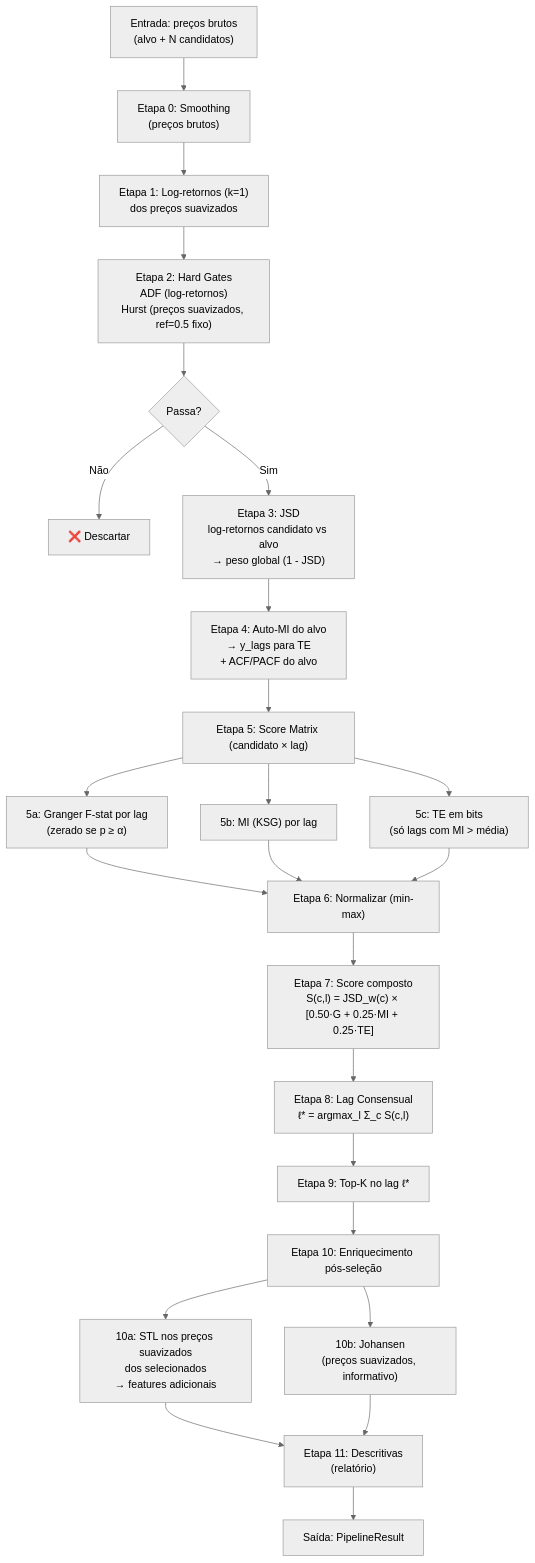
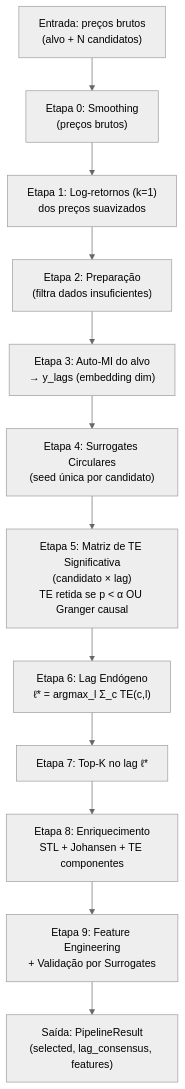
The second of 3 diagrams in README.md (ynaponte/st-fin-analise), drawn with Mermaid (neutral theme) before and after one commit. The commit also changed other lines of this file and 11 other files, not shown here.

````diff
--- a/README.md
+++ b/README.md
@@ -71,35 +36,22 @@
 ```mermaid
 flowchart TD
     A["Entrada: preços brutos<br>(alvo + N candidatos)"] --> B["Etapa 0: Smoothing<br>(preços brutos)"]
     B --> C["Etapa 1: Log-retornos (k=1)<br>dos preços suavizados"]
     
-    C --> D["Etapa 2: Hard Gates<br>ADF (log-retornos)<br>Hurst (preços suavizados, ref=0.5 fixo)"]
-    D --> E{"Passa?"}
-    E -- Não --> DROP["❌ Descartar"]
-    E -- Sim --> F
-
-    F["Etapa 3: JSD<br>log-retornos candidato vs alvo<br>→ peso global (1 - JSD)"] --> G
-
-    G["Etapa 4: Auto-MI do alvo<br>→ y_lags para TE<br>+ ACF/PACF do alvo"] --> H
-
-    H["Etapa 5: Score Matrix (candidato × lag)"] --> H1
-    H1["5a: Granger F-stat por lag<br>(zerado se p ≥ α)"] --> NORM
-    H --> H2["5b: MI (KSG) por lag"] --> NORM
-    H --> H3["5c: TE em bits<br>(só lags com MI > média)"] --> NORM
-
-    NORM["Etapa 6: Normalizar (min-max)"] --> SCORE
-
-    SCORE["Etapa 7: Score composto<br>S(c,l) = JSD_w(c) × [0.50·G + 0.25·MI + 0.25·TE]"]
-
-    SCORE --> LAG["Etapa 8: Lag Consensual<br>ℓ* = argmax_l Σ_c S(c,l)"]
-
-    LAG --> SEL["Etapa 9: Top-K no lag ℓ*"]
-
-    SEL --> ENRICH["Etapa 10: Enriquecimento pós-seleção"]
-    ENRICH --> STL["10a: STL nos preços suavizados<br>dos selecionados<br>→ features adicionais"]
-    ENRICH --> JOH["10b: Johansen<br>(preços suavizados, informativo)"]
+    C --> D["Etapa 2: Preparação<br>(filtra dados insuficientes)"]
+    D --> E["Etapa 3: Auto-MI do alvo<br>→ y_lags (embedding dim)"]
     
-    STL --> DESC["Etapa 11: Descritivas<br>(relatório)"]
-    JOH --> DESC
-    DESC --> OUT["Saída: PipelineResult"]
+    E --> F["Etapa 4: Surrogates Circulares<br>(seed única por candidato)"]
+    
+    F --> G["Etapa 5: Matriz de TE Significativa<br>(candidato × lag)<br>TE retida se p < α OU Granger causal"]
+    
+    G --> H["Etapa 6: Lag Endógeno<br>ℓ* = argmax_l Σ_c TE(c,l)"]
+    
+    H --> I["Etapa 7: Top-K no lag ℓ*"]
+    
+    I --> J["Etapa 8: Enriquecimento<br>STL + Johansen + TE componentes"]
+    
+    J --> K["Etapa 9: Feature Engineering<br>+ Validação por Surrogates"]
+    
+    K --> OUT["Saída: PipelineResult<br>(selected, lag_consensus, features)"]
 ```
````
